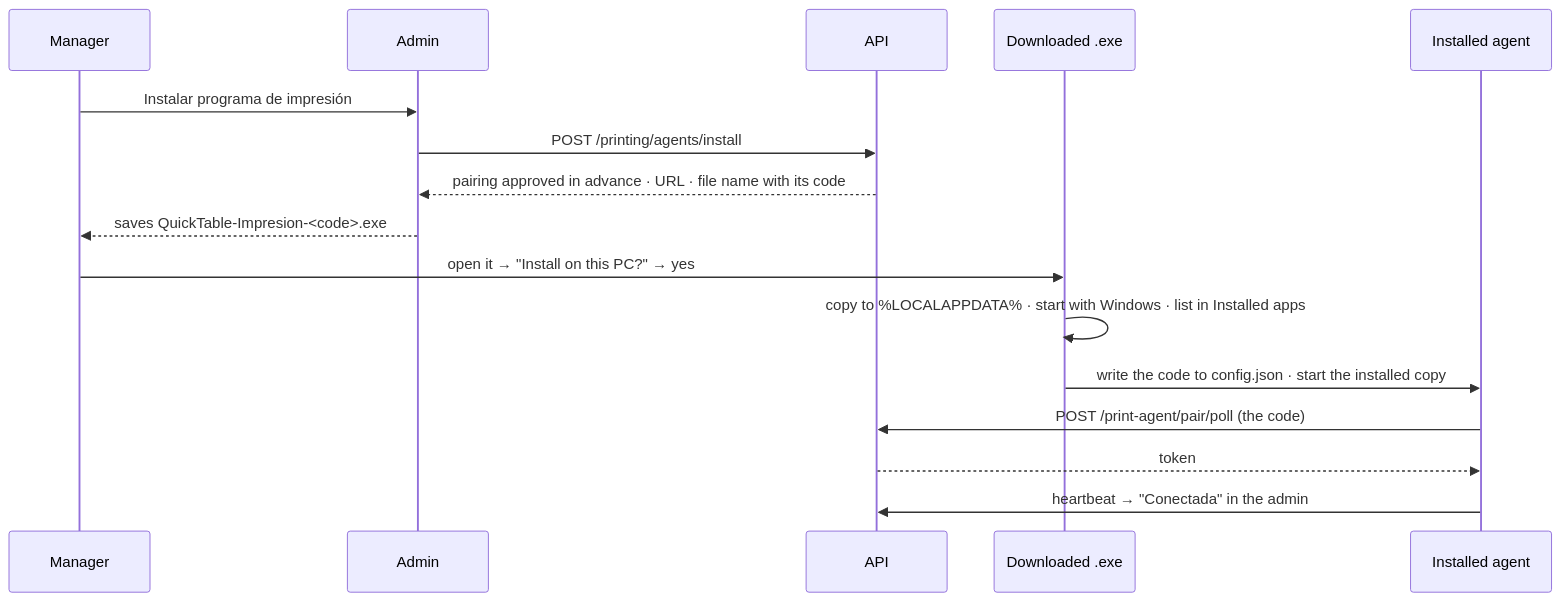
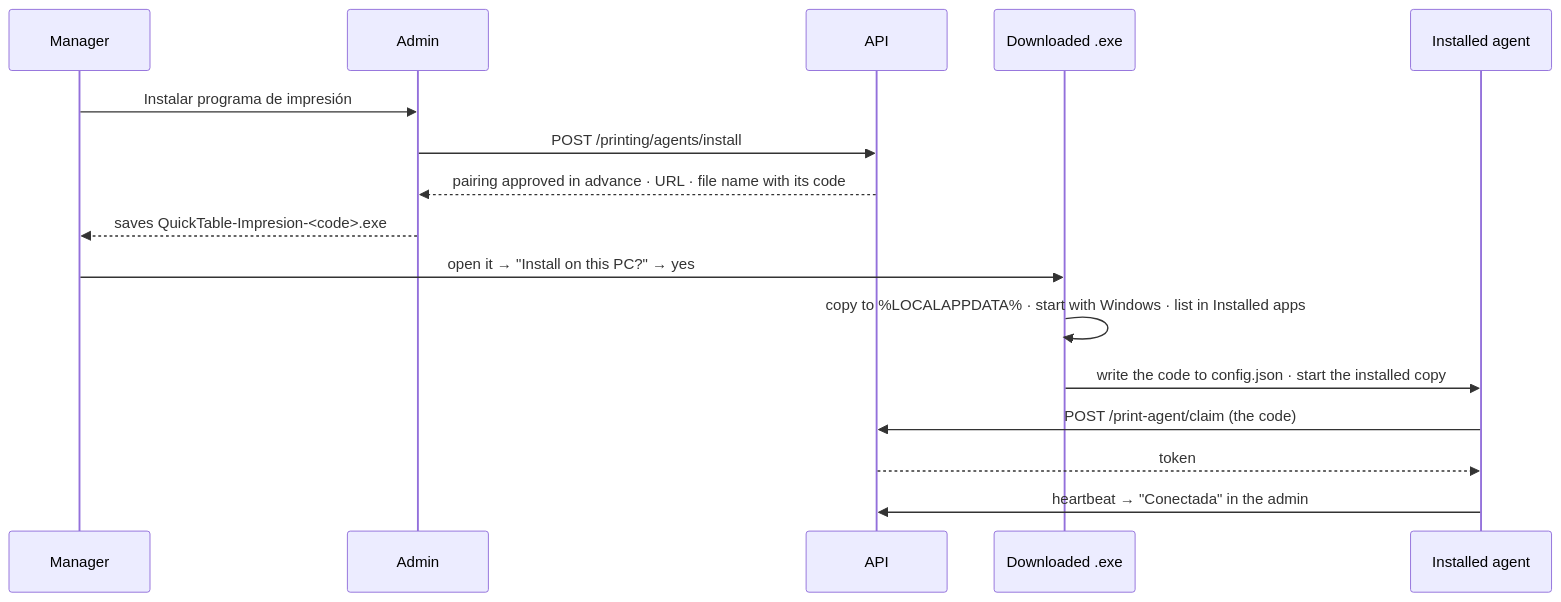
Before and after one commit to ssandrini2/quicktable-print-agent: the first of 3 diagrams in docs/updates.md, drawn with Mermaid. The commit also changed other lines of this file and 12 other files, not shown here.

````diff
--- a/docs/updates.md
+++ b/docs/updates.md
@@ -24,18 +24,18 @@
 ```mermaid
 sequenceDiagram
   participant M as Manager
   participant AD as Admin
   participant API as API
   participant F as Downloaded .exe
   participant AG as Installed agent
   M->>AD: Instalar programa de impresión
   AD->>API: POST /printing/agents/install
   API-->>AD: pairing approved in advance · URL · file name with its code
   AD-->>M: saves QuickTable-Impresion-<code>.exe
   M->>F: open it → "Install on this PC?" → yes
   F->>F: copy to %LOCALAPPDATA% · start with Windows · list in Installed apps
   F->>AG: write the code to config.json · start the installed copy
-  AG->>API: POST /print-agent/pair/poll (the code)
+  AG->>API: POST /print-agent/claim (the code)
   API-->>AG: token
   AG->>API: heartbeat → "Conectada" in the admin
 ```
````
